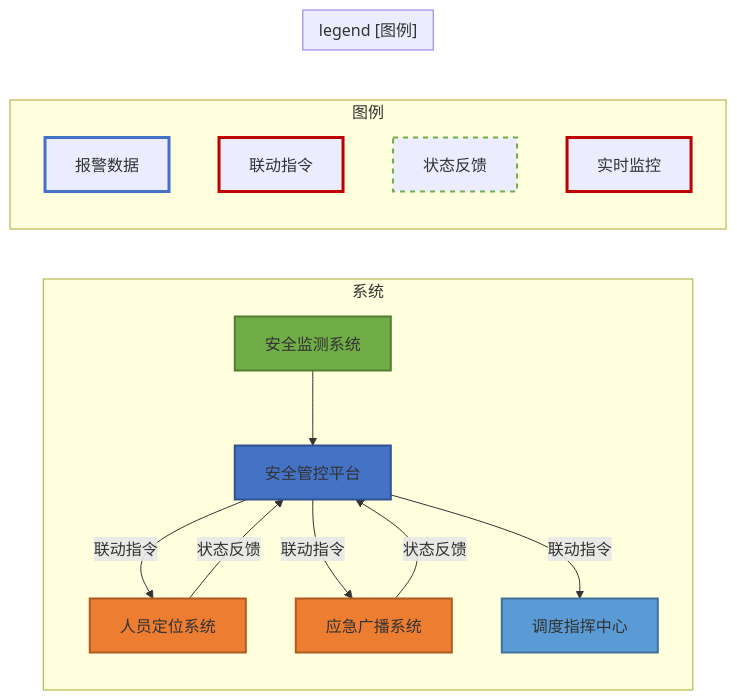
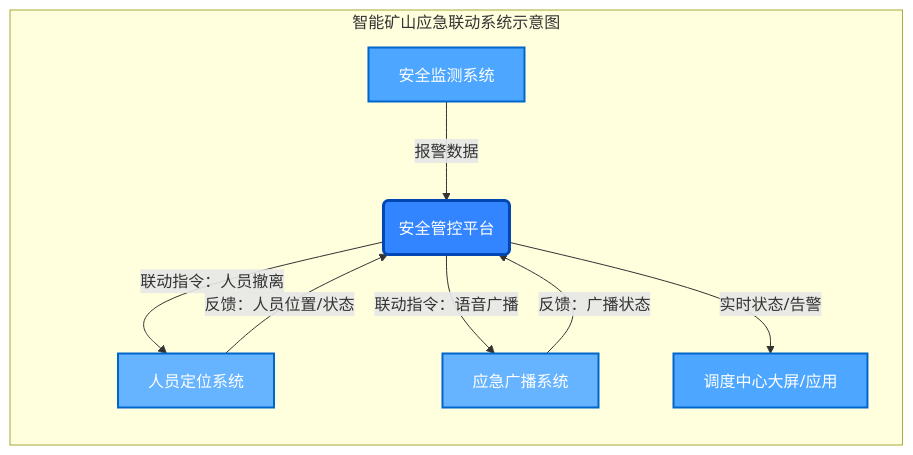
One commit to kcylp/iodraw-files changed the diagram in all/未命名-4.md. Above: the diagram before and after it, drawn with Mermaid.

Commit message:
2025-04-24 22:13:53 update

````diff
--- a/all/未命名-4.md
+++ b/all/未命名-4.md
@@ -1,39 +1,33 @@
 ```mermaid
 graph LR
-    subgraph "系统"
-        A[安全监测系统]
-        B[安全管控平台]
-        C[人员定位系统]
-        D[应急广播系统]
-        E[调度指挥中心]
+    subgraph "智能矿山应急联动系统示意图"
+    direction TB
+
+    A[安全监测系统] -->|报警数据| B(安全管控平台)
+    C[人员定位系统] -->|"反馈：人员位置/状态"| B
+    D[应急广播系统] -->|反馈：广播状态| B
+    B -->|联动指令：人员撤离| C
+    B -->|联动指令：语音广播| D
+    B -->|"实时状态/告警"| E["调度中心大屏/应用"]
+
+    style A fill:#4da6ff,stroke:#0066cc,stroke-width:2,color:white
+    style B fill:#3385ff,stroke:#0047b3,stroke-width:3,color:white
+    style C fill:#66b3ff,stroke:#0066cc,stroke-width:2,color:white
+    style D fill:#66b3ff,stroke:#0066cc,stroke-width:2,color:white
+    style E fill:#4da6ff,stroke:#0066cc,stroke-width:2,color:white
+
+    A:::sensor
+    B:::platform
+    C:::location
+    D:::broadcast
+    E:::dispatch
+
+    classDef sensor fill:#4da6ff,stroke:#0066cc,stroke-width:2,color:white
+    classDef platform fill:#3385ff,stroke:#0047b3,stroke-width:3,color:white
+    classDef location fill:#66b3ff,stroke:#0066cc,stroke-width:2,color:white
+    classDef broadcast fill:#66b3ff,stroke:#0066cc,stroke-width:2,color:white
+    classDef dispatch fill:#4da6ff,stroke:#0066cc,stroke-width:2,color:white
+
     end
 
-    style A fill:#70AD47,stroke:#507E32,stroke-width:2
-    style B fill:#4472C4,stroke:#2F528F,stroke-width:2
-    style C fill:#ED7D31,stroke:#AE5A21,stroke-width:2
-    style D fill:#ED7D31,stroke:#AE5A21,stroke-width:2
-    style E fill:#5B9BD5,stroke:#41719C,stroke-width:2
-
-    A --> B
-    B -- 联动指令 --> C
-    B -- 联动指令 --> D
-    C -- 状态反馈 --> B
-    D -- 状态反馈 --> B
-    B -- 联动指令 --> E
-
-    subgraph "图例"
-        F[报警数据]
-        G[联动指令]
-        H[状态反馈]
-        I[实时监控]
-    end
-    
-    style F stroke:#4472C4,stroke-width:3
-    style G stroke:#C00000,stroke-width:3
-    style H stroke:#70AD47,stroke-width:2,stroke-dasharray:5 5
-    style I stroke:#C00000,stroke-width:3
-
-    
-    subgraph "legend [图例]"
-    end
 ```
````
